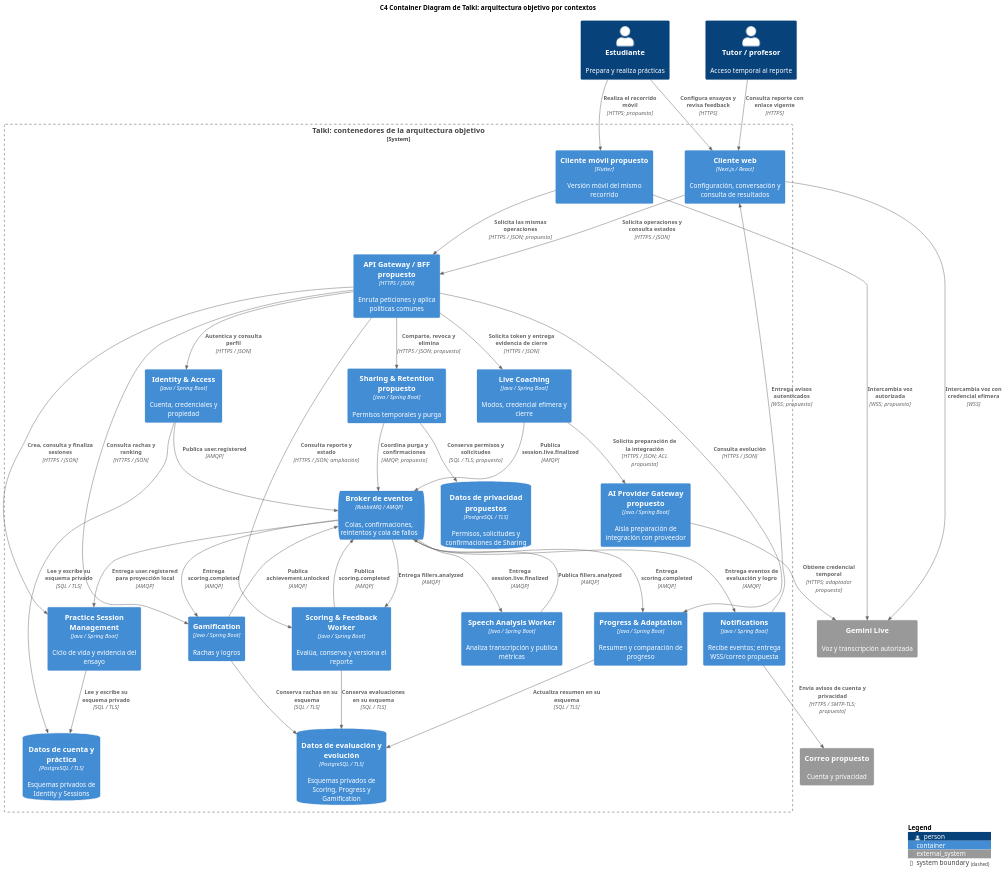
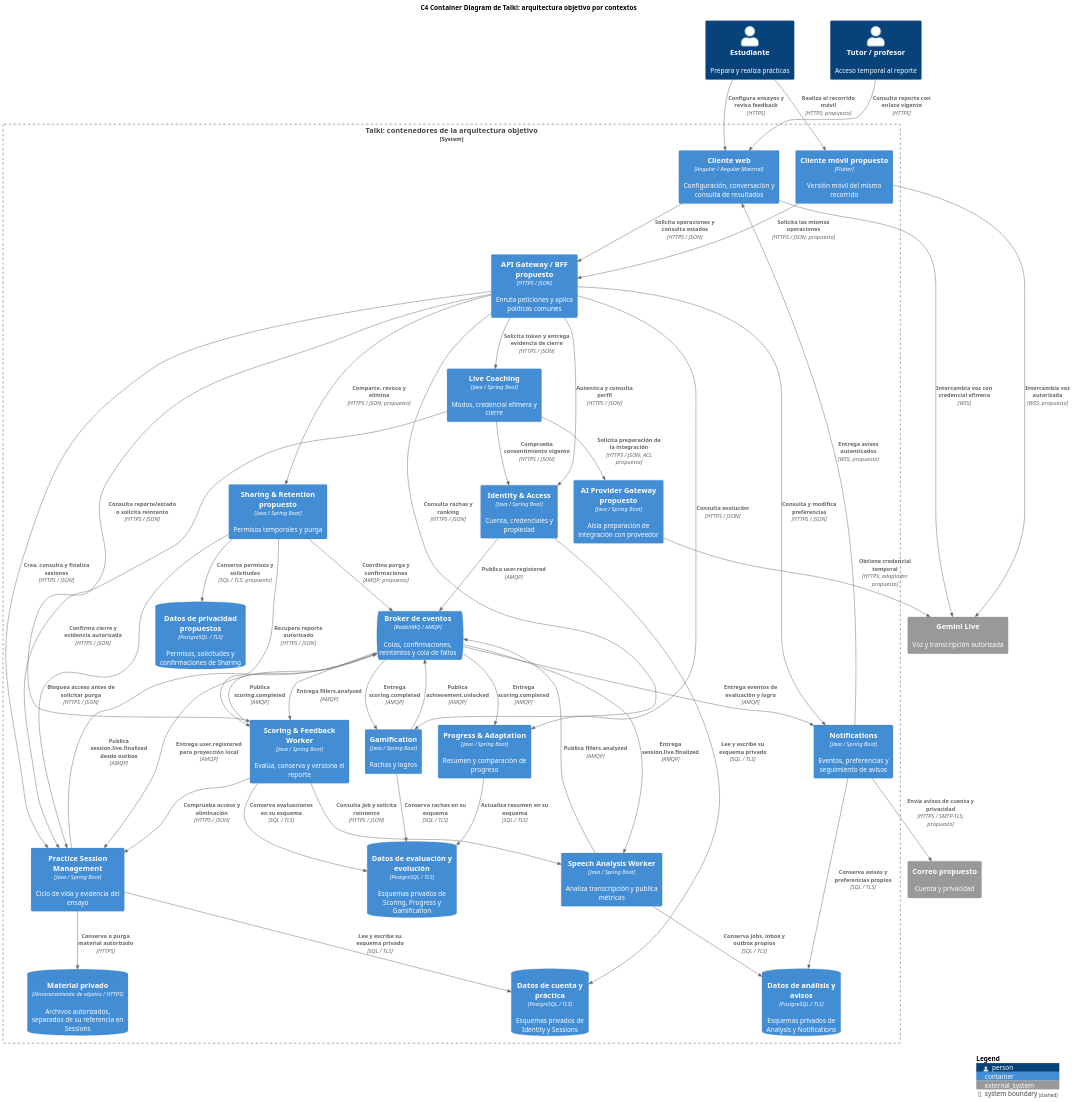
One commit to upc-pre-202620-si728-16365-thropic/talki-project-report changed the diagram in assets/diagrams/c4/containers.puml. Above: the diagram before and after it, drawn with PlantUML. The commit also changed 15 other files, not shown here.

First line of the commit message:
docs(architecture): alinea contextos, cierre y privacidad con el diseño táctico

```diff
--- a/assets/diagrams/c4/containers.puml
+++ b/assets/diagrams/c4/containers.puml
@@ -1,67 +1,79 @@
 @startuml
 !include <C4/C4_Container>
 skinparam defaultFontName Arial
 skinparam dpi 130
 LAYOUT_TOP_DOWN()
 title C4 Container Diagram de Talki: arquitectura objetivo por contextos
 Person(student, "Estudiante", "Prepara y realiza prácticas")
 Person(tutor, "Tutor / profesor", "Acceso temporal al reporte")
 System_Ext(gemini, "Gemini Live", "Voz y transcripción autorizada")
 System_Ext(mail, "Correo propuesto", "Cuenta y privacidad")
 System_Boundary(talki, "Talki: contenedores de la arquitectura objetivo") {
-Container(web, "Cliente web", "Next.js / React", "Configuración, conversación y consulta de resultados")
+Container(web, "Cliente web", "Angular / Angular Material", "Configuración, conversación y consulta de resultados")
 Container(mobile, "Cliente móvil propuesto", "Flutter", "Versión móvil del mismo recorrido")
 Container(gateway, "API Gateway / BFF propuesto", "HTTPS / JSON", "Enruta peticiones y aplica políticas comunes")
 Container(identity, "Identity & Access", "Java / Spring Boot", "Cuenta, credenciales y propiedad")
 Container(sessions, "Practice Session Management", "Java / Spring Boot", "Ciclo de vida y evidencia del ensayo")
 Container(live, "Live Coaching", "Java / Spring Boot", "Modos, credencial efímera y cierre")
 Container(analysis, "Speech Analysis Worker", "Java / Spring Boot", "Analiza transcripción y publica métricas")
 Container(scoring, "Scoring & Feedback Worker", "Java / Spring Boot", "Evalúa, conserva y versiona el reporte")
 Container(progress, "Progress & Adaptation", "Java / Spring Boot", "Resumen y comparación de progreso")
 Container(game, "Gamification", "Java / Spring Boot", "Rachas y logros")
 Container(sharing, "Sharing & Retention propuesto", "Java / Spring Boot", "Permisos temporales y purga")
 Container(ai, "AI Provider Gateway propuesto", "Java / Spring Boot", "Aísla preparación de integración con proveedor")
-Container(notifications, "Notifications", "Java / Spring Boot", "Recibe eventos; entrega WSS/correo propuesta")
+Container(notifications, "Notifications", "Java / Spring Boot", "Eventos, preferencias y seguimiento de avisos")
+ContainerDb(store, "Material privado", "Almacenamiento de objetos / HTTPS", "Archivos autorizados, separados de su referencia en Sessions")
 ContainerQueue(bus, "Broker de eventos", "RabbitMQ / AMQP", "Colas, confirmaciones, reintentos y cola de fallos")
 ContainerDb(coredata, "Datos de cuenta y práctica", "PostgreSQL / TLS", "Esquemas privados de Identity y Sessions")
 ContainerDb(resultdata, "Datos de evaluación y evolución", "PostgreSQL / TLS", "Esquemas privados de Scoring, Progress y Gamification")
+ContainerDb(operationaldata, "Datos de análisis y avisos", "PostgreSQL / TLS", "Esquemas privados de Analysis y Notifications")
 ContainerDb(privacydata, "Datos de privacidad propuestos", "PostgreSQL / TLS", "Permisos, solicitudes y confirmaciones de Sharing")
 }
 Rel(student, web, "Configura ensayos y revisa feedback", "HTTPS")
 Rel(student, mobile, "Realiza el recorrido móvil", "HTTPS; propuesto")
 Rel(tutor, web, "Consulta reporte con enlace vigente", "HTTPS")
 Rel(web, gateway, "Solicita operaciones y consulta estados", "HTTPS / JSON")
 Rel(mobile, gateway, "Solicita las mismas operaciones", "HTTPS / JSON; propuesto")
 Rel(web, gemini, "Intercambia voz con credencial efímera", "WSS")
 Rel(mobile, gemini, "Intercambia voz autorizada", "WSS; propuesto")
 Rel(gateway, identity, "Autentica y consulta perfil", "HTTPS / JSON")
 Rel(gateway, sessions, "Crea, consulta y finaliza sesiones", "HTTPS / JSON")
 Rel(gateway, live, "Solicita token y entrega evidencia de cierre", "HTTPS / JSON")
-Rel(gateway, scoring, "Consulta reporte y estado", "HTTPS / JSON; ampliación")
+Rel(gateway, scoring, "Consulta reporte/estado o solicita reintento", "HTTPS / JSON")
+Rel(scoring, sessions, "Comprueba acceso y eliminación", "HTTPS / JSON")
+Rel(scoring, analysis, "Consulta job y solicita reintento", "HTTPS / JSON")
+Rel(sharing, sessions, "Bloquea acceso antes de solicitar purga", "HTTPS / JSON")
+Rel(sharing, scoring, "Recupera reporte autorizado", "HTTPS / JSON")
+Rel(gateway, notifications, "Consulta y modifica preferencias", "HTTPS / JSON")
 Rel(gateway, progress, "Consulta evolución", "HTTPS / JSON")
 Rel(gateway, game, "Consulta rachas y ranking", "HTTPS / JSON")
 Rel(gateway, sharing, "Comparte, revoca y elimina", "HTTPS / JSON; propuesto")
 Rel(live, ai, "Solicita preparación de la integración", "HTTPS / JSON; ACL propuesta")
 Rel(ai, gemini, "Obtiene credencial temporal", "HTTPS; adaptador propuesto")
-Rel(live, bus, "Publica session.live.finalized", "AMQP")
+Rel(live, sessions, "Confirma cierre y evidencia autorizada", "HTTPS / JSON")
+Rel(live, identity, "Comprueba consentimiento vigente", "HTTPS / JSON")
+Rel(sessions, store, "Conserva o purga material autorizado", "HTTPS")
+Rel(sessions, bus, "Publica session.live.finalized desde outbox", "AMQP")
 Rel(bus, analysis, "Entrega session.live.finalized", "AMQP")
 Rel(analysis, bus, "Publica fillers.analyzed", "AMQP")
 Rel(bus, scoring, "Entrega fillers.analyzed", "AMQP")
 Rel(scoring, bus, "Publica scoring.completed", "AMQP")
 Rel(bus, progress, "Entrega scoring.completed", "AMQP")
 Rel(bus, game, "Entrega scoring.completed", "AMQP")
 Rel(game, bus, "Publica achievement.unlocked", "AMQP")
 Rel(identity, bus, "Publica user.registered", "AMQP")
 Rel(bus, sessions, "Entrega user.registered para proyección local", "AMQP")
 Rel(sharing, bus, "Coordina purga y confirmaciones", "AMQP; propuesto")
 Rel(bus, notifications, "Entrega eventos de evaluación y logro", "AMQP")
 Rel(notifications, web, "Entrega avisos autenticados", "WSS; propuesto")
 Rel(notifications, mail, "Envía avisos de cuenta y privacidad", "HTTPS / SMTP-TLS; propuesto")
+Rel(analysis, operationaldata, "Conserva jobs, inbox y outbox propios", "SQL / TLS")
+Rel(notifications, operationaldata, "Conserva avisos y preferencias propios", "SQL / TLS")
 Rel(identity, coredata, "Lee y escribe su esquema privado", "SQL / TLS")
 Rel(sessions, coredata, "Lee y escribe su esquema privado", "SQL / TLS")
 Rel(scoring, resultdata, "Conserva evaluaciones en su esquema", "SQL / TLS")
 Rel(progress, resultdata, "Actualiza resumen en su esquema", "SQL / TLS")
 Rel(game, resultdata, "Conserva rachas en su esquema", "SQL / TLS")
 Rel(sharing, privacydata, "Conserva permisos y solicitudes", "SQL / TLS; propuesto")
 SHOW_LEGEND()
 @enduml
```
